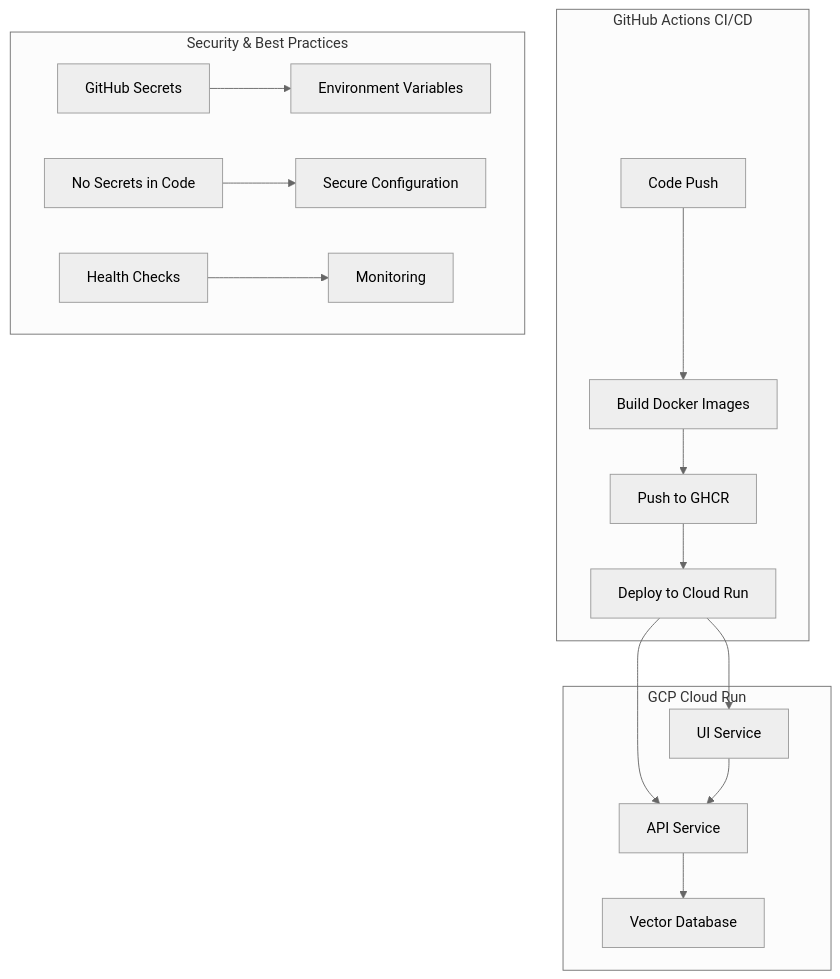
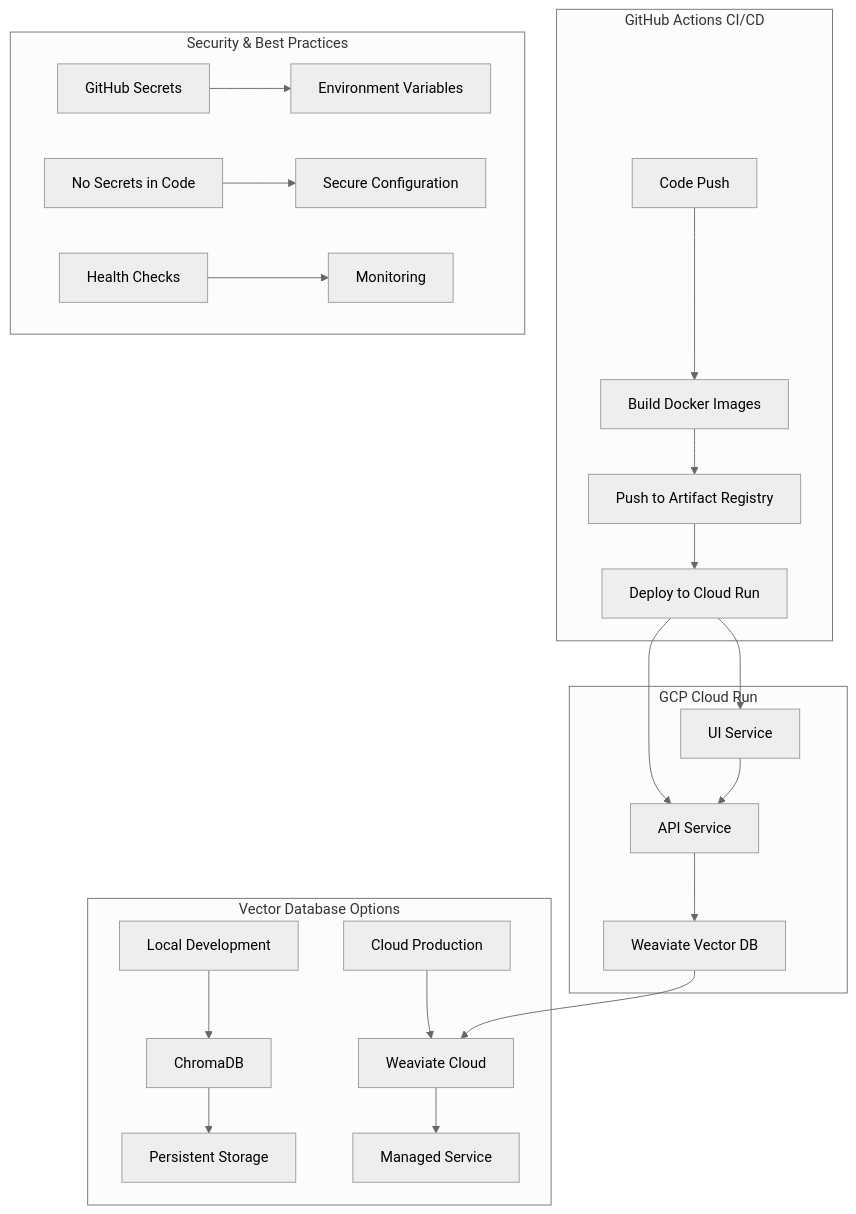
One commit to mananthakris/shoptalk-search-assistant changed the second of 2 diagrams in README.md. Above: the diagram before and after it, drawn with Mermaid (neutral theme). The commit also changed other lines of this file and 3 other files, not shown here.

````diff
--- a/README.md
+++ b/README.md
@@ -160,21 +160,30 @@
 ```mermaid
 graph TB
     subgraph "GitHub Actions CI/CD"
         A[Code Push] --> B[Build Docker Images]
-        B --> C[Push to GHCR]
+        B --> C[Push to Artifact Registry]
         C --> D[Deploy to Cloud Run]
     end
     
     subgraph "GCP Cloud Run"
         D --> E[API Service]
         D --> F[UI Service]
-        E --> G[Vector Database]
+        E --> G[Weaviate Vector DB]
         F --> E
     end
     
+    subgraph "Vector Database Options"
+        H[Local Development] --> I[ChromaDB]
+        J[Cloud Production] --> K[Weaviate Cloud]
+        I --> L[Persistent Storage]
+        K --> M[Managed Service]
+    end
+    
     subgraph "Security & Best Practices"
-        H[GitHub Secrets] --> I[Environment Variables]
-        J[No Secrets in Code] --> K[Secure Configuration]
-        L[Health Checks] --> M[Monitoring]
+        N[GitHub Secrets] --> O[Environment Variables]
+        P[No Secrets in Code] --> Q[Secure Configuration]
+        R[Health Checks] --> S[Monitoring]
     end
+    
+    G --> K
 ```
````
